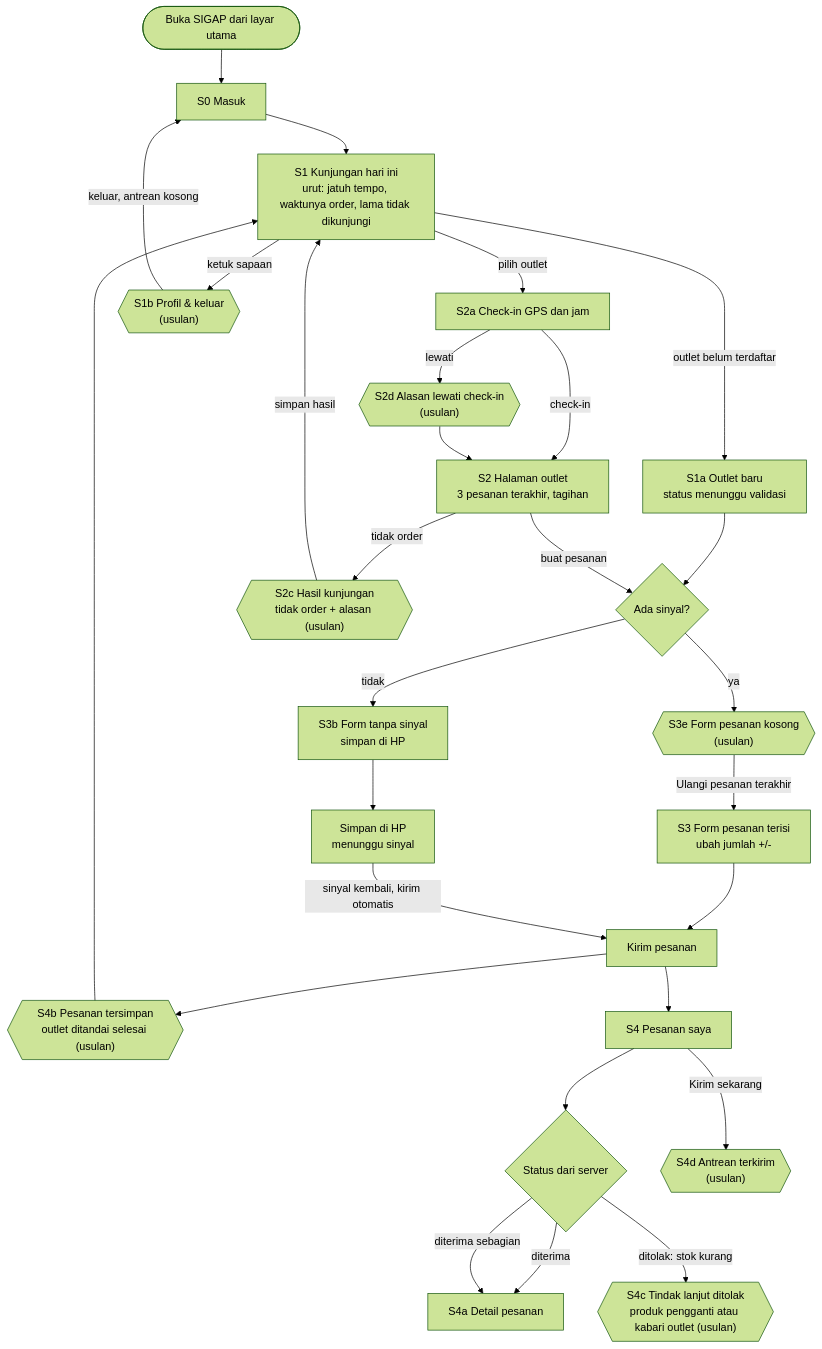
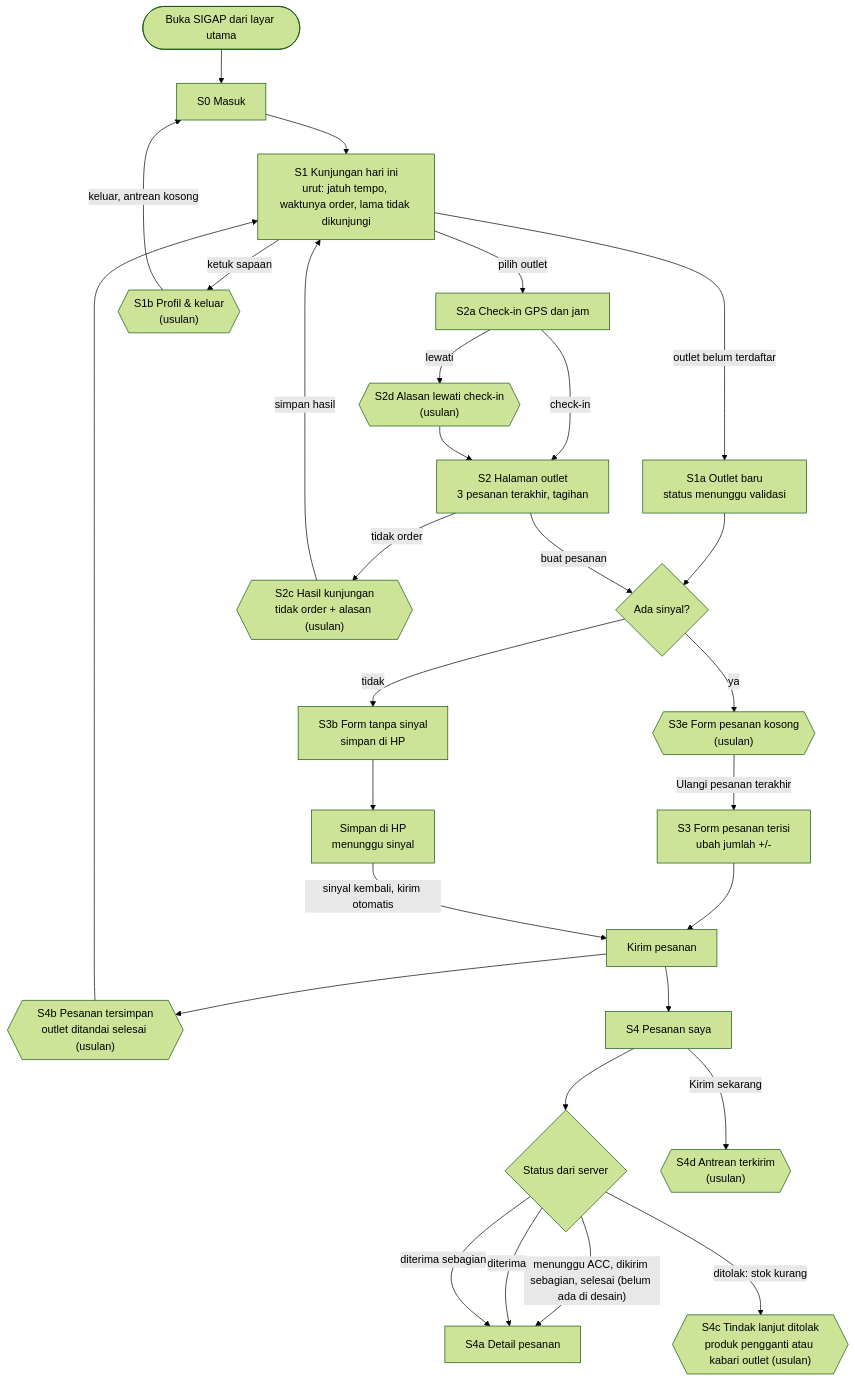
Before and after one commit to glayOne23/drpps_hackathon_2026: the first of 5 diagrams in proyek/arb-02/user-flow.md, drawn with Mermaid (forest theme). The commit also changed other lines of this file and 2 other files, not shown here.

Commit message:
[feature] alur ACC, kirim sebagian, pembayaran, akun dari figma 5 nov

````diff
--- a/proyek/arb-02/user-flow.md
+++ b/proyek/arb-02/user-flow.md
@@ -9,29 +9,30 @@
 ```mermaid
 flowchart TD
     A([Buka SIGAP dari layar utama]) --> B[S0 Masuk]
     B --> C[S1 Kunjungan hari ini<br/>urut: jatuh tempo, waktunya order, lama tidak dikunjungi]
     C -->|pilih outlet| D[S2a Check-in GPS dan jam]
     C -->|outlet belum terdaftar| N[S1a Outlet baru<br/>status menunggu validasi]
     C -->|ketuk sapaan| P{{"S1b Profil & keluar<br/>(usulan)"}}
     P -->|keluar, antrean kosong| B
     N --> F
     D -->|check-in| E[S2 Halaman outlet<br/>3 pesanan terakhir, tagihan]
     D -->|lewati| D2{{"S2d Alasan lewati check-in<br/>(usulan)"}}
     D2 --> E
     E -->|buat pesanan| F{Ada sinyal?}
     E -->|tidak order| H{{"S2c Hasil kunjungan<br/>tidak order + alasan (usulan)"}}
     F -->|ya| G0{{"S3e Form pesanan kosong<br/>(usulan)"}}
     G0 -->|Ulangi pesanan terakhir| G[S3 Form pesanan terisi<br/>ubah jumlah +/-]
     F -->|tidak| G2[S3b Form tanpa sinyal<br/>simpan di HP]
     G --> K[Kirim pesanan]
     G2 --> K2[Simpan di HP<br/>menunggu sinyal] -->|sinyal kembali, kirim otomatis| K
     K --> L{{"S4b Pesanan tersimpan<br/>outlet ditandai selesai (usulan)"}}
     H -->|simpan hasil| C
     L --> C
     K --> M[S4 Pesanan saya]
     M --> M1{Status dari server}
+    M1 -->|"menunggu ACC, dikirim sebagian, selesai (belum ada di desain)"| M2
     M1 -->|diterima| M2[S4a Detail pesanan]
     M1 -->|diterima sebagian| M2
     M1 -->|ditolak: stok kurang| M3{{"S4c Tindak lanjut ditolak<br/>produk pengganti atau kabari outlet (usulan)"}}
     M -->|Kirim sekarang| M4{{"S4d Antrean terkirim<br/>(usulan)"}}
 ```
````
